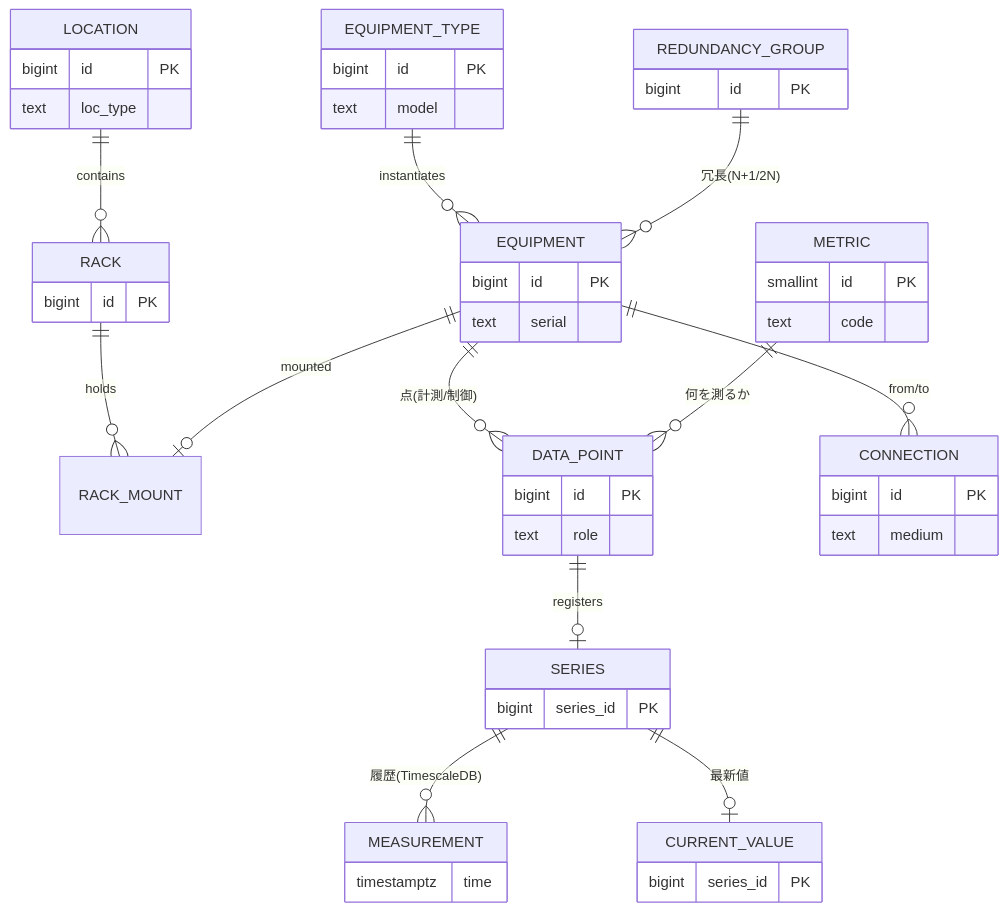
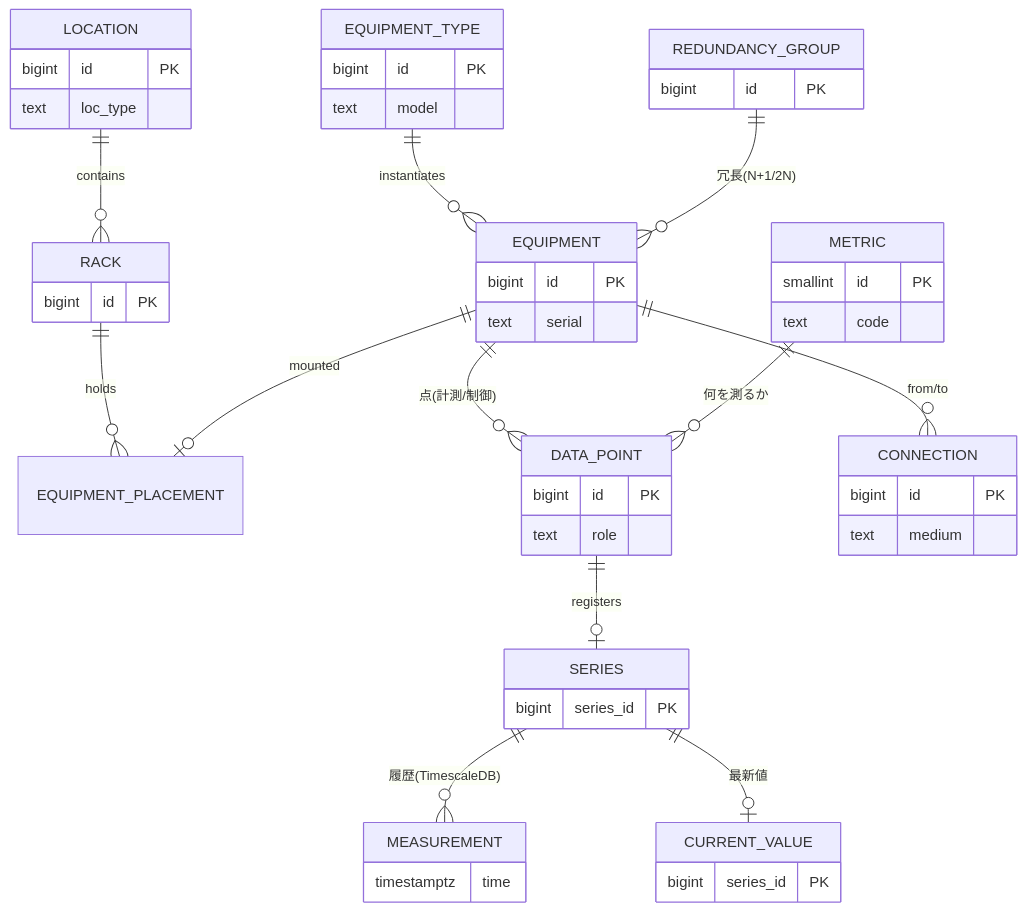
One commit to hn-11/dcim-schema-design changed the first of 5 diagrams in 00-overview.md. Above: the diagram before and after it, drawn with Mermaid. The commit also changed other lines of this file and 3 other files, not shown here.

First line of the commit message:
feat(schema): 配置を Type-2 SCD 化 + series の追跡保証ルール

````diff
--- a/00-overview.md
+++ b/00-overview.md
@@ -22,54 +22,54 @@
 ```mermaid
 erDiagram
     LOCATION ||--o{ RACK : contains
-    RACK ||--o{ RACK_MOUNT : holds
-    EQUIPMENT ||--o| RACK_MOUNT : mounted
+    RACK ||--o{ EQUIPMENT_PLACEMENT : holds
+    EQUIPMENT ||--o| EQUIPMENT_PLACEMENT : mounted
     EQUIPMENT_TYPE ||--o{ EQUIPMENT : instantiates
     EQUIPMENT ||--o{ DATA_POINT : "点(計測/制御)"
     METRIC ||--o{ DATA_POINT : "何を測るか"
     DATA_POINT ||--o| SERIES : registers
     SERIES ||--o{ MEASUREMENT : "履歴(TimescaleDB)"
     SERIES ||--o| CURRENT_VALUE : "最新値"
     EQUIPMENT ||--o{ CONNECTION : "from/to"
     REDUNDANCY_GROUP ||--o{ EQUIPMENT : "冗長(N+1/2N)"
 
     LOCATION {
         bigint id PK
         text loc_type
     }
     RACK {
         bigint id PK
     }
     EQUIPMENT_TYPE {
         bigint id PK
         text model
     }
     EQUIPMENT {
         bigint id PK
         text serial
     }
     METRIC {
         smallint id PK
         text code
     }
     DATA_POINT {
         bigint id PK
         text role
     }
     SERIES {
         bigint series_id PK
     }
     MEASUREMENT {
         timestamptz time
     }
     CURRENT_VALUE {
         bigint series_id PK
     }
     CONNECTION {
         bigint id PK
         text medium
     }
     REDUNDANCY_GROUP {
         bigint id PK
     }
 ```
````
